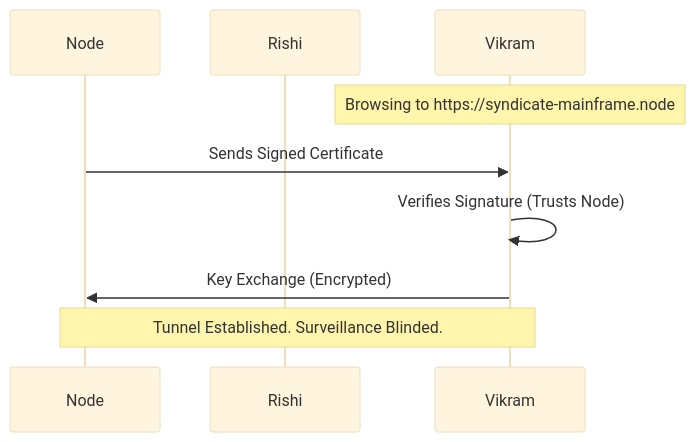
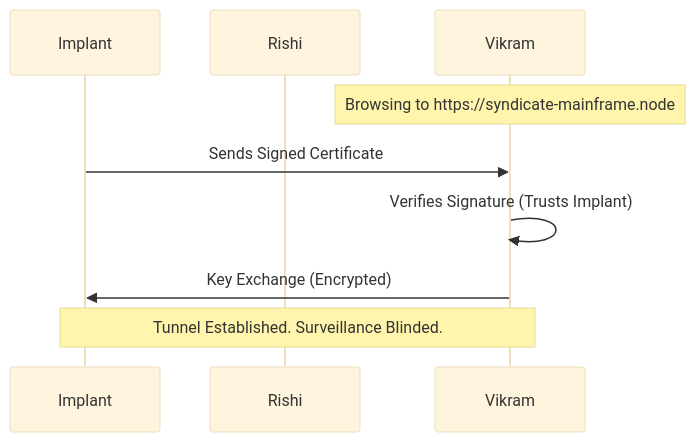
Before and after one commit to tsamridh86/security-documentation: the second of 2 diagrams in story.md, drawn with Mermaid (base theme). The commit also changed other lines of this file, not shown here.

````diff
--- a/story.md
+++ b/story.md
@@ -270,12 +270,12 @@
 ```mermaid
 sequenceDiagram
-    participant Node
+    participant Implant
     participant CA as Rishi
     participant Vikram
 
     Note over Vikram: Browsing to https://syndicate-mainframe.node
-    Node->>Vikram: Sends Signed Certificate
-    Vikram->>Vikram: Verifies Signature (Trusts Node)
-    Vikram->>Node: Key Exchange (Encrypted)
-    Note over Vikram, Node: Tunnel Established. Surveillance Blinded.
+    Implant->>Vikram: Sends Signed Certificate
+    Vikram->>Vikram: Verifies Signature (Trusts Implant)
+    Vikram->>Implant: Key Exchange (Encrypted)
+    Note over Vikram, Implant: Tunnel Established. Surveillance Blinded.
 ```
````
